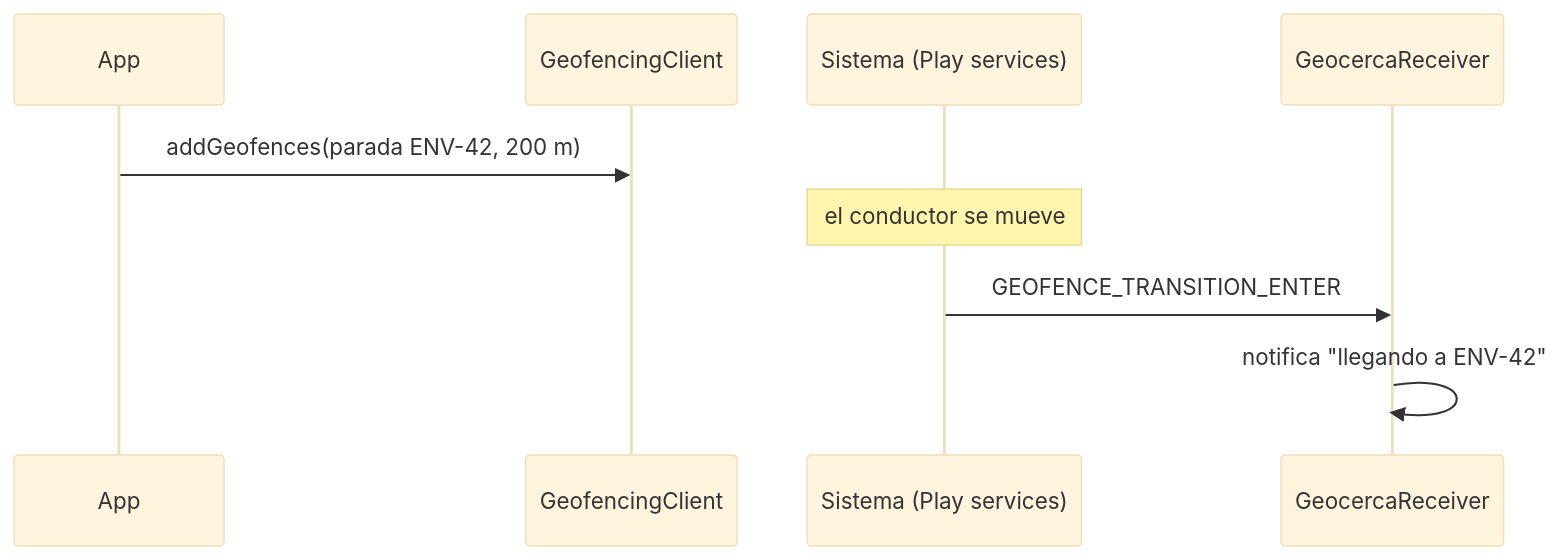
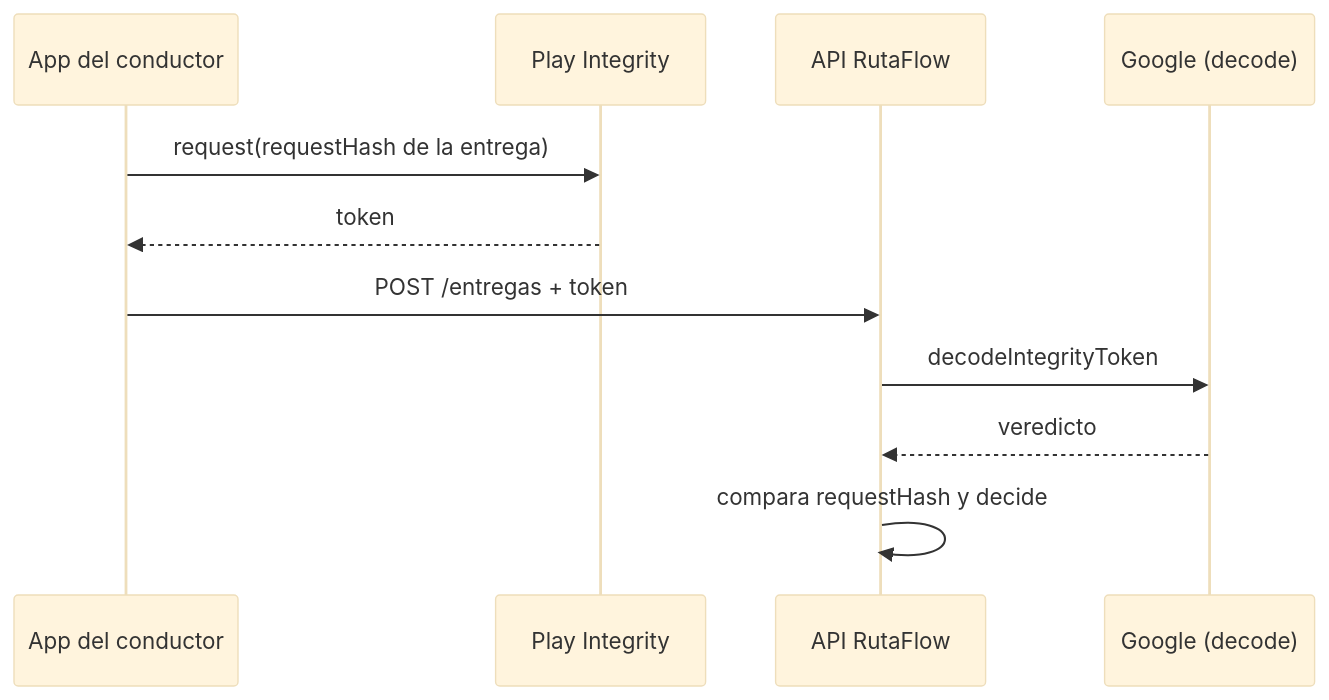
Before and after one commit to NICORUIZ93/The_Imperial_Book: the eighth of 9 diagrams in web/public/content/android/modulo-15.md, drawn with Mermaid (base theme). The commit also changed other lines of this file and 305 other files, not shown here.

````diff
--- a/web/public/content/android/modulo-15.md
+++ b/web/public/content/android/modulo-15.md
@@ -610,11 +425,13 @@
 ```mermaid
 sequenceDiagram
-    participant A as App
-    participant G as GeofencingClient
-    participant S as Sistema (Play services)
-    participant R as GeocercaReceiver
-    A->>G: addGeofences(parada ENV-42, 200 m)
-    Note over S: el conductor se mueve
-    S->>R: GEOFENCE_TRANSITION_ENTER
-    R->>R: notifica "llegando a ENV-42"
+    participant A as App del conductor
+    participant P as Play Integrity
+    participant S as API RutaFlow
+    participant G as Google (decode)
+    A->>P: request(requestHash de la entrega)
+    P-->>A: token
+    A->>S: POST /entregas + token
+    S->>G: decodeIntegrityToken
+    G-->>S: veredicto
+    S->>S: compara requestHash y decide
 ```
````
